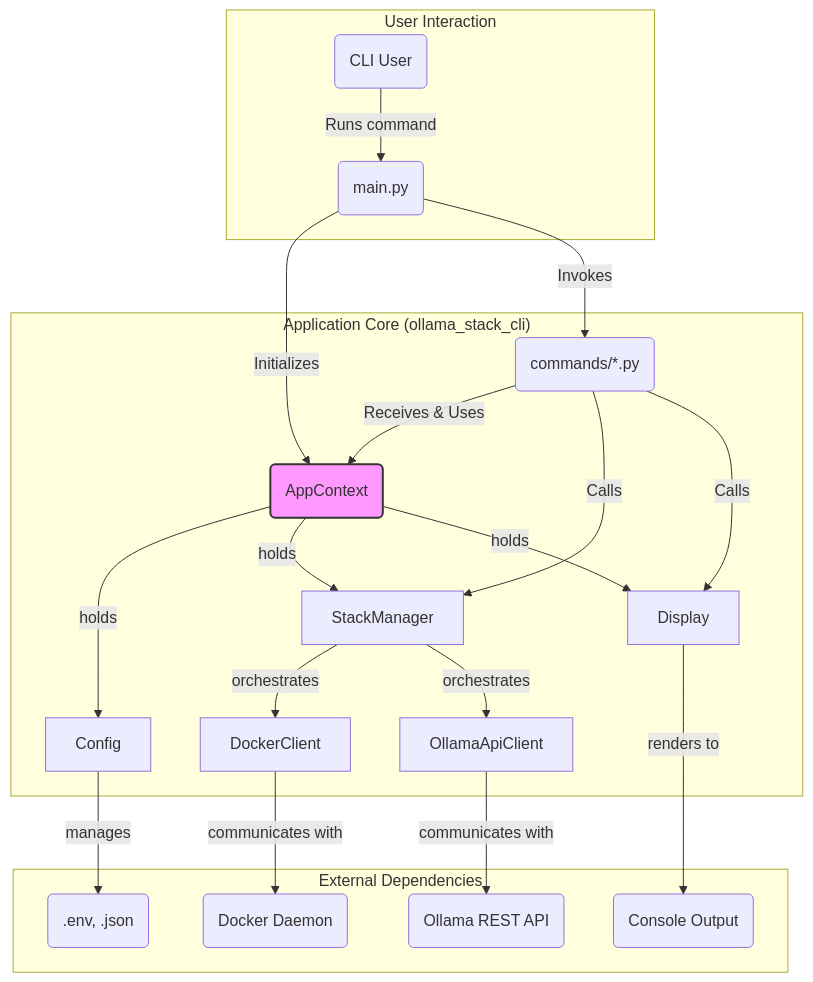
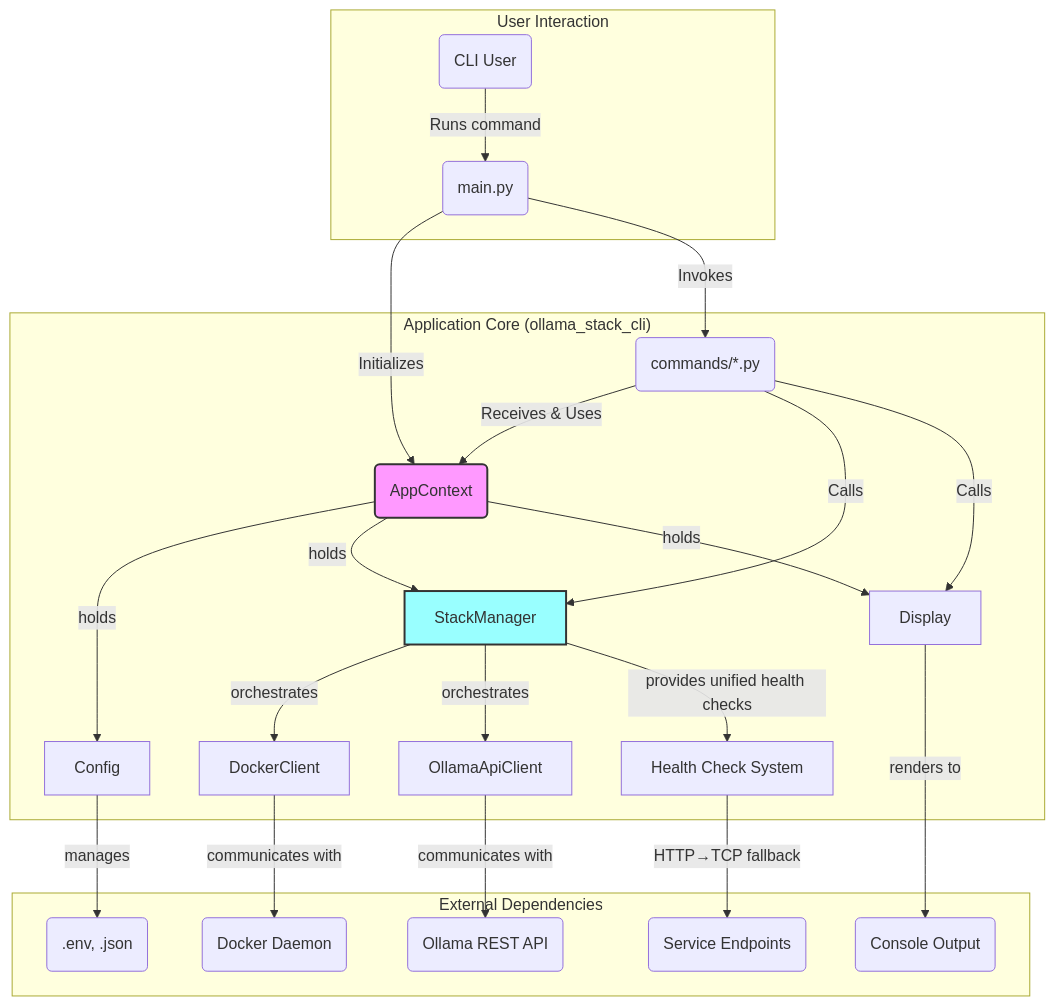
The diagram in project-plan/02-architecture-and-structure.md (tellerj/ollama-stack), drawn with Mermaid before and after one commit. The commit also changed other lines of this file and 6 other files, not shown here.

````diff
--- a/project-plan/02-architecture-and-structure.md
+++ b/project-plan/02-architecture-and-structure.md
@@ -37,31 +48,34 @@
 ```mermaid
 graph TD
     subgraph "User Interaction"
         User(CLI User) -- "Runs command" --> CLI(main.py);
     end
 
     subgraph "Application Core (ollama_stack_cli)"
         CLI -- "Initializes" --> AppContext(AppContext);
         CLI -- "Invokes" --> Commands("commands/*.py");
 
         Commands -- "Receives & Uses" --> AppContext;
         Commands -- "Calls" --> StackManager;
         Commands -- "Calls" --> Display;
 
         AppContext -- "holds" --> Config;
         AppContext -- "holds" --> StackManager;
         AppContext -- "holds" --> Display;
 
         StackManager -- "orchestrates" --> DockerClient;
         StackManager -- "orchestrates" --> OllamaApiClient;
+        StackManager -- "provides unified health checks" --> HealthCheck[Health Check System];
     end
 
     subgraph "External Dependencies"
         Config -- "manages" --> Filesystem(".env, .json");
         Display -- "renders to" --> Console(Console Output);
         DockerClient -- "communicates with" --> DockerDaemon("Docker Daemon");
         OllamaApiClient -- "communicates with" --> OllamaAPI("Ollama REST API");
+        HealthCheck -- "HTTP→TCP fallback" --> Services("Service Endpoints");
     end
 
     style AppContext fill:#f9f,stroke:#333,stroke-width:2px
+    style StackManager fill:#9ff,stroke:#333,stroke-width:2px
 ```
````
